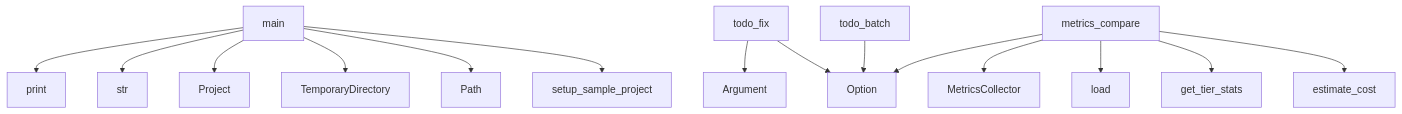
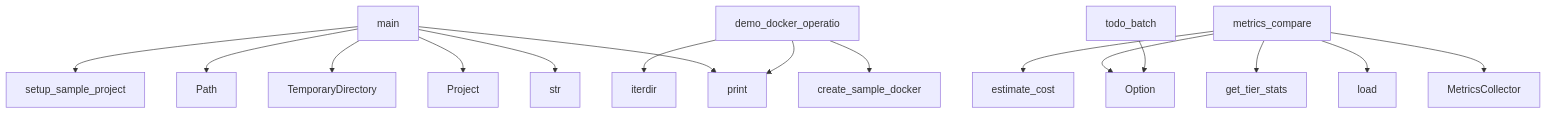
One commit to semcod/algitex changed the diagram in project/context.md. Above: the diagram before and after it, drawn with Mermaid. The commit also changed other lines of this file and 22 other files, not shown here.

````diff
--- a/project/context.md
+++ b/project/context.md
@@ -609,17 +604,18 @@
 ```mermaid
 graph TD
     main --> print
-    todo_fix --> Argument
-    todo_fix --> Option
     main --> str
     main --> Project
     metrics_compare --> Option
     metrics_compare --> MetricsCollector
     metrics_compare --> load
     metrics_compare --> get_tier_stats
     metrics_compare --> estimate_cost
     main --> TemporaryDirectory
     main --> Path
     main --> setup_sample_project
     todo_batch --> Option
+    demo_docker_operatio --> print
+    demo_docker_operatio --> create_sample_docker
+    demo_docker_operatio --> iterdir
 ```
````
